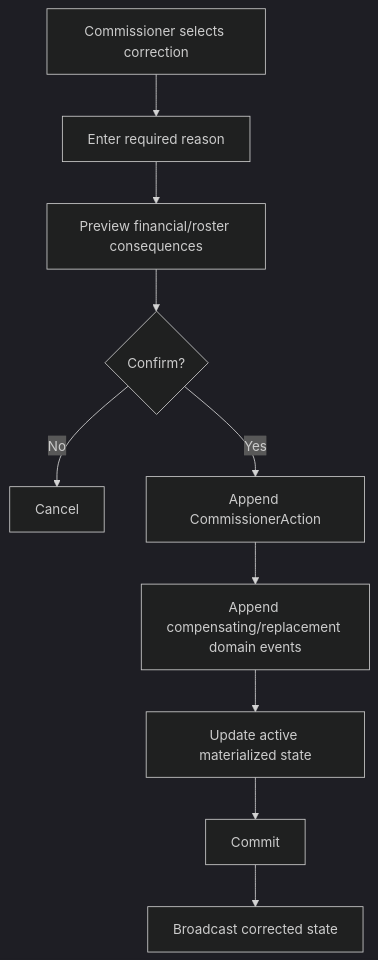
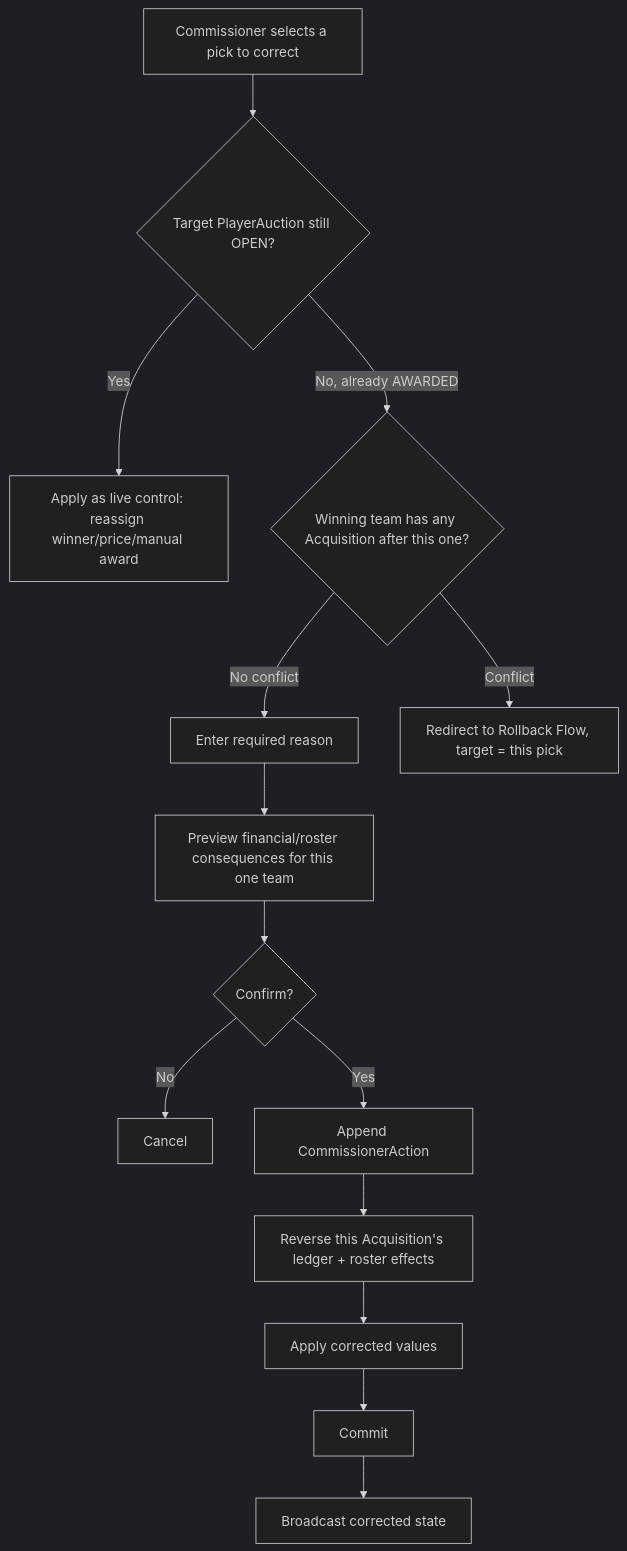
Diagram 13 of 18 in state-machine-flows.md (maccorless/Draft), drawn with Mermaid (dark theme) before and after one commit. The commit also changed other lines of this file and 5 other files, not shown here.

````diff
--- a/state-machine-flows.md
+++ b/state-machine-flows.md
@@ -408,13 +409,18 @@
 ```mermaid
 flowchart TD
-    A[Commissioner selects correction] --> B[Enter required reason]
-    B --> C[Preview financial/roster consequences]
-    C --> D{Confirm?}
+    A[Commissioner selects a pick to correct] --> B{Target PlayerAuction still OPEN?}
+    B -->|Yes| G[Apply as live control: reassign winner/price/manual award]
+    B -->|No, already AWARDED| C{Winning team has any Acquisition after this one?}
 
-    D -->|No| X[Cancel]
-    D -->|Yes| E[Append CommissionerAction]
-    E --> F[Append compensating/replacement domain events]
-    F --> G[Update active materialized state]
-    G --> H[Commit]
-    H --> I[Broadcast corrected state]
+    C -->|No conflict| D[Enter required reason]
+    D --> E[Preview financial/roster consequences for this one team]
+    E --> F{Confirm?}
+    F -->|No| X[Cancel]
+    F -->|Yes| H[Append CommissionerAction]
+    H --> I[Reverse this Acquisition's ledger + roster effects]
+    I --> J[Apply corrected values]
+    J --> K[Commit]
+    K --> L[Broadcast corrected state]
+
+    C -->|Conflict| M[Redirect to Rollback Flow, target = this pick]
 ```
````
